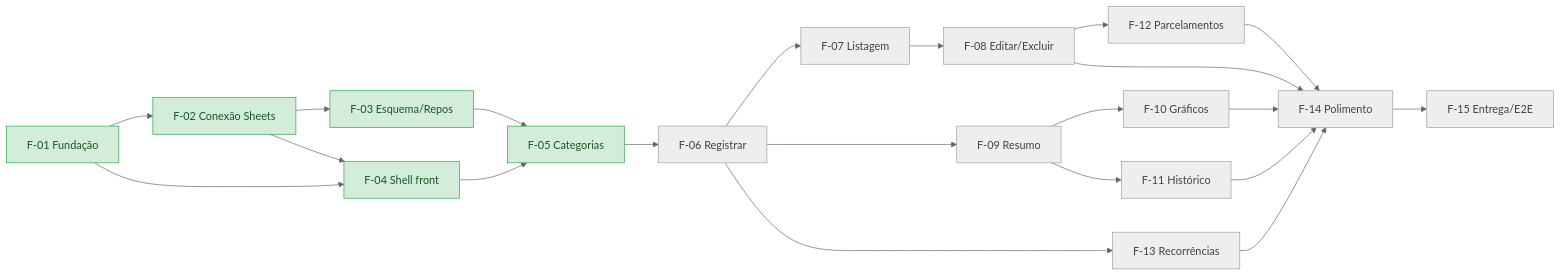
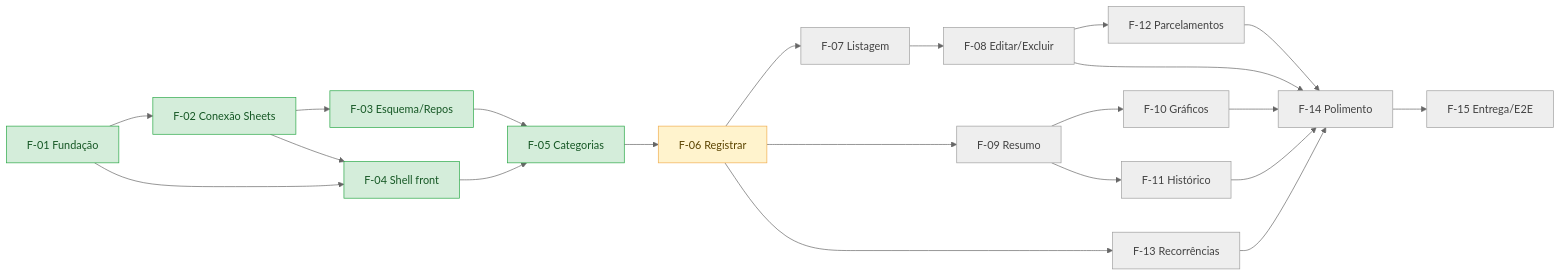
One commit to Pedrohcs/PlanilhaFinanceira changed the diagram in SPECS/05-acompanhamento.md. Above: the diagram before and after it, drawn with Mermaid (neutral theme). The commit also changed other lines of this file and 15 other files, not shown here.

````diff
--- a/SPECS/05-acompanhamento.md
+++ b/SPECS/05-acompanhamento.md
@@ -64,23 +64,24 @@
 ```mermaid
 flowchart LR
     F01[F-01 Fundação] --> F02[F-02 Conexão Sheets] --> F03[F-03 Esquema/Repos]
     F01 --> F04[F-04 Shell front]
     F02 --> F04
     F03 --> F05[F-05 Categorias]
     F04 --> F05
     F05 --> F06[F-06 Registrar]
     F06 --> F07[F-07 Listagem] --> F08[F-08 Editar/Excluir]
     F06 --> F09[F-09 Resumo]
     F09 --> F10[F-10 Gráficos]
     F09 --> F11[F-11 Histórico]
     F08 --> F12[F-12 Parcelamentos]
     F06 --> F13[F-13 Recorrências]
     F08 & F10 & F11 & F12 & F13 --> F14[F-14 Polimento]
     F14 --> F15[F-15 Entrega/E2E]
 
     classDef naoIniciada fill:#eeeeee,stroke:#9e9e9e,color:#424242;
     classDef iniciada fill:#fff3cd,stroke:#f0ad4e,color:#5c4400;
     classDef concluida fill:#d4edda,stroke:#28a745,color:#155724;
-    class F06,F07,F08,F09,F10,F11,F12,F13,F14,F15 naoIniciada;
+    class F07,F08,F09,F10,F11,F12,F13,F14,F15 naoIniciada;
+    class F06 iniciada;
     class F01,F02,F03,F04,F05 concluida;
 ```
````
